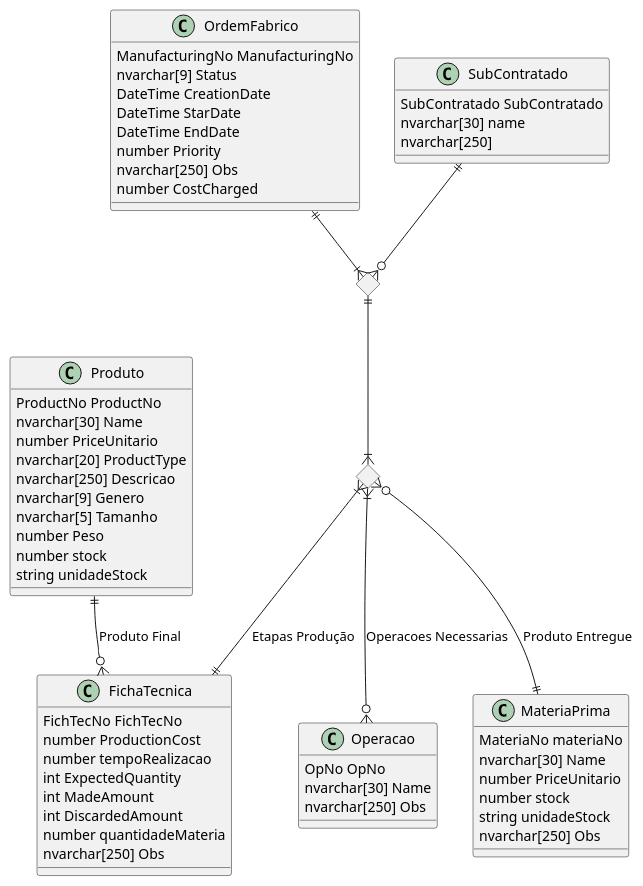
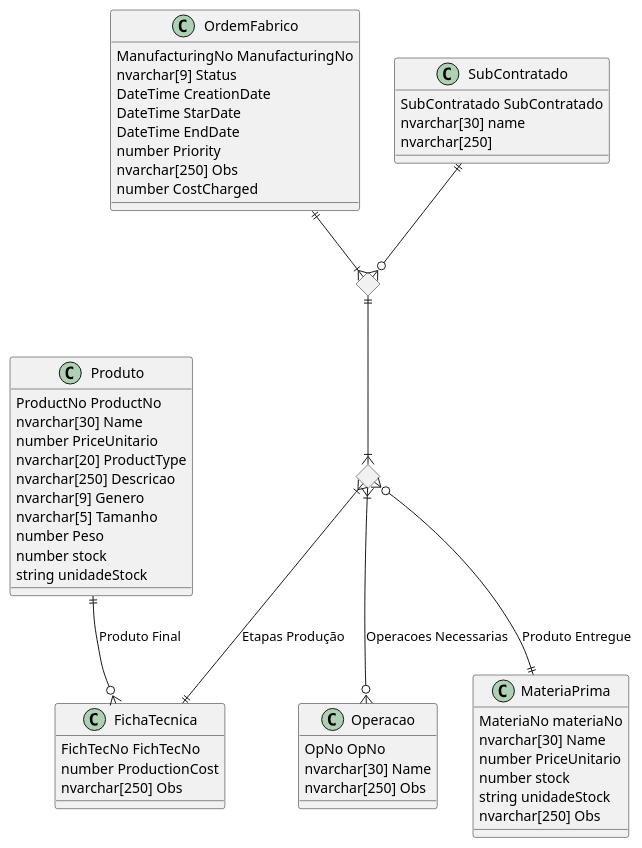
The diagram in Concetual/TabelasAtributos/AtributoNovos.plantuml (Arturito2005/TrabalhoBD), drawn with PlantUML before and after one commit.

```diff
--- a/Concetual/TabelasAtributos/AtributoNovos.plantuml
+++ b/Concetual/TabelasAtributos/AtributoNovos.plantuml
@@ -1,81 +1,76 @@
 @startuml tableBD
 
 
 class OrdemFabrico {
     ManufacturingNo ManufacturingNo
     nvarchar[9] Status 
     DateTime CreationDate
     DateTime StarDate
     DateTime EndDate
     number Priority
     nvarchar[250] Obs
     number CostCharged
 }   
 
 class Produto {
     ProductNo ProductNo
     nvarchar[30] Name 
     number PriceUnitario 
     nvarchar[20] ProductType
     nvarchar[250] Descricao
     nvarchar[9] Genero
     nvarchar[5] Tamanho
     number Peso
     number stock 
     string unidadeStock
 }
 
 class MateriaPrima {
     MateriaNo materiaNo
-    nvarchar[30] Name 
+    nvarchar[30] Name
     number PriceUnitario
     number stock 
     string unidadeStock
     nvarchar[250] Obs
 }
 
 class FichaTecnica {
     FichTecNo FichTecNo 
-    number ProductionCost
-    number tempoRealizacao                       
-    int ExpectedQuantity
-    int MadeAmount
-    int DiscardedAmount
-    number quantidadeMateria  
+    number ProductionCost 
     nvarchar[250] Obs
 }
 
 class Operacao {
     OpNo OpNo
     nvarchar[30] Name 
     nvarchar[250] Obs
 }
 
 class SubContratado {
     SubContratado SubContratado
     nvarchar[30] name
     nvarchar[250]
 }
 
 <> EtapaProducao
 
 <> EtapasOrdem
 
 /'
 Relacionamento Etapa Producao
 '/
 EtapaProducao }|--|| FichaTecnica: Etapas Produção
 EtapaProducao }|--o{ Operacao: Operacoes Necessarias
 EtapaProducao }o--|| MateriaPrima: Produto Entregue
 
 SubContratado ||--o{ EtapasOrdem
 EtapasOrdem ||--|{ EtapaProducao
 OrdemFabrico ||--|{ EtapasOrdem
 
 /'
 Relacionamentos do Produto
 '/
 Produto ||--o{ FichaTecnica: Produto Final
 
 
 @enduml
```
